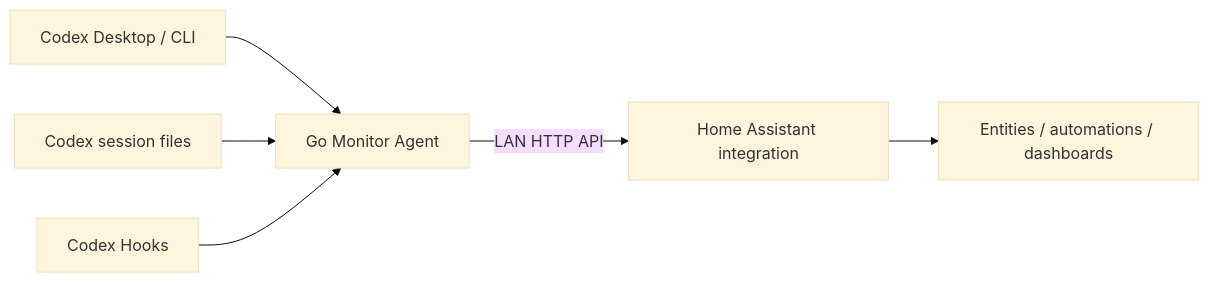
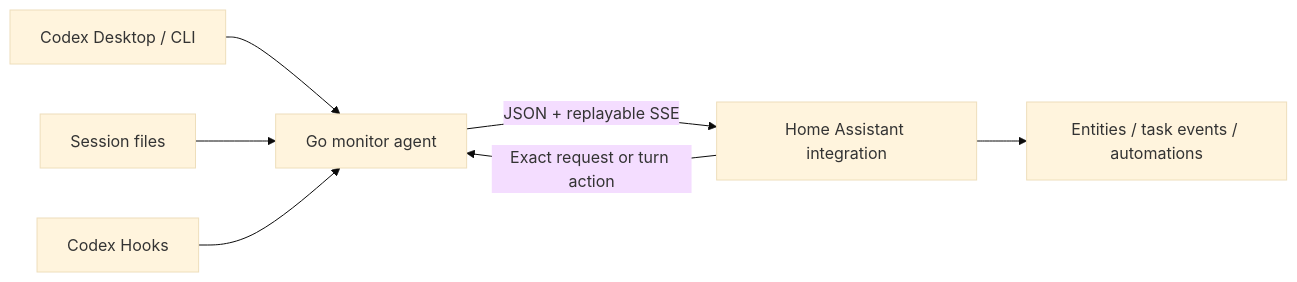
One commit to zhangchaosd/codex-ha-monitor changed the diagram in README.md. Above: the diagram before and after it, drawn with Mermaid (base theme). The commit also changed other lines of this file and 49 other files, not shown here.

````diff
--- a/README.md
+++ b/README.md
@@ -30,8 +27,9 @@
 ```mermaid
 flowchart LR
-    C["Codex Desktop / CLI"] --> A["Go Monitor Agent"]
-    F["Codex session files"] --> A
+    C["Codex Desktop / CLI"] --> A["Go monitor agent"]
+    F["Session files"] --> A
     H["Codex Hooks"] --> A
-    A -->|"LAN HTTP API"| I["Home Assistant integration"]
-    I --> E["Entities / automations / dashboards"]
+    A -->|"JSON + replayable SSE"| I["Home Assistant integration"]
+    I --> E["Entities / task events / automations"]
+    I -->|"Exact request or turn action"| A
 ```
````
